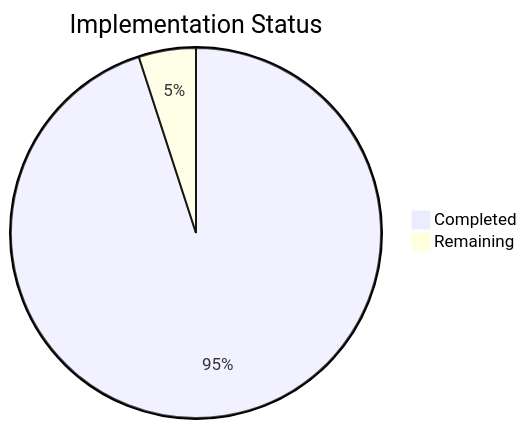
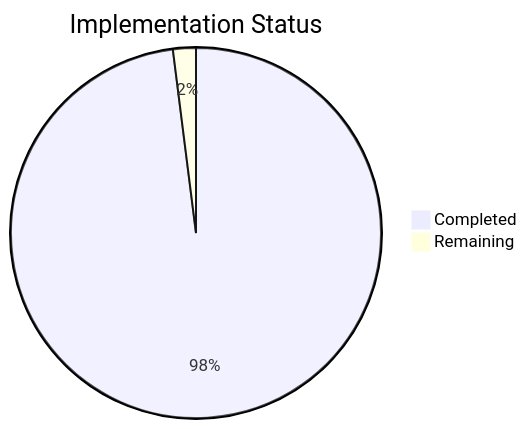
One commit to geoffsweeney/wine-recommender changed the first of 2 diagrams in memory-bank/progress.md. Above: the diagram before and after it, drawn with Mermaid. The commit also changed other lines of this file and 7 other files, not shown here.

````diff
--- a/memory-bank/progress.md
+++ b/memory-bank/progress.md
@@ -4,6 +4,6 @@
 ```mermaid
 pie
     title Implementation Status
-    "Completed" : 95
-    "Remaining" : 5
+    "Completed" : 98
+    "Remaining" : 2
 ```
````
